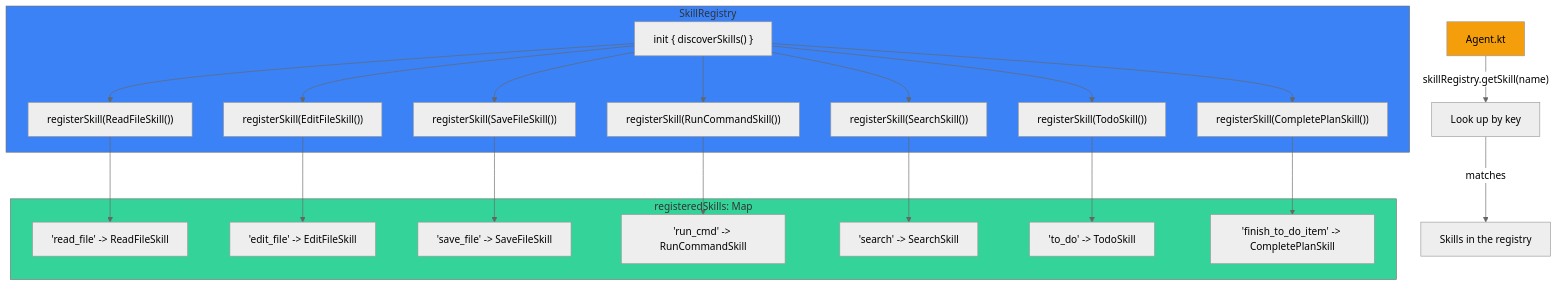
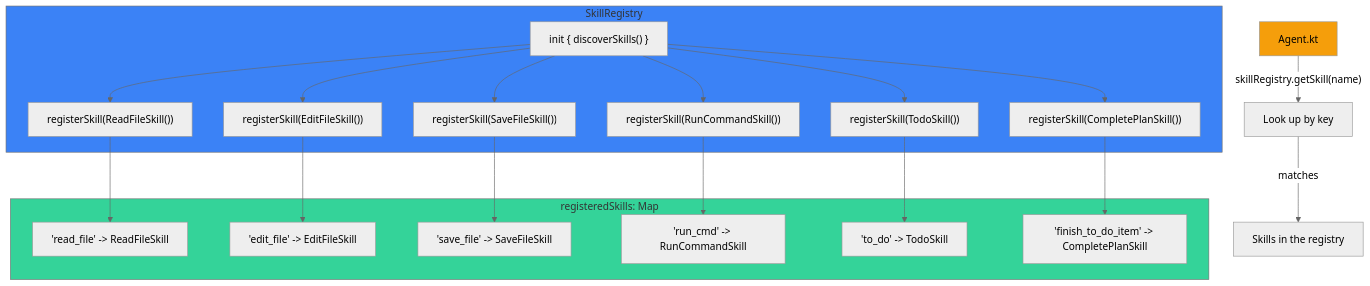
Before and after one commit to lg841226/Gradum: the first of 3 diagrams in docs/PLUGIN_DEVELOPMENT.md, drawn with Mermaid (neutral theme). The commit also changed other lines of this file and 8 other files, not shown here.

First line of the commit message:
refactor: remove SearchSkill, update tool call UI and docs

````diff
--- a/docs/PLUGIN_DEVELOPMENT.md
+++ b/docs/PLUGIN_DEVELOPMENT.md
@@ -21,36 +21,33 @@
 ```mermaid
 flowchart TD
     subgraph Registry["SkillRegistry"]
         Init["init { discoverSkills() }"]
         Init --> R1["registerSkill(ReadFileSkill())"]
         Init --> R2["registerSkill(EditFileSkill())"]
         Init --> R3["registerSkill(SaveFileSkill())"]
         Init --> R4["registerSkill(RunCommandSkill())"]
-        Init --> R5["registerSkill(SearchSkill())"]
-        Init --> R6["registerSkill(TodoSkill())"]
+        Init --> R5["registerSkill(TodoSkill())"]
         Init --> R7["registerSkill(CompletePlanSkill())"]
     end
 
     subgraph Map["registeredSkills: Map<String, Skill>"]
         Key1["'read_file' -> ReadFileSkill"]
         Key2["'edit_file' -> EditFileSkill"]
         Key3["'save_file' -> SaveFileSkill"]
         Key4["'run_cmd' -> RunCommandSkill"]
-        Key5["'search' -> SearchSkill"]
-        Key6["'to_do' -> TodoSkill"]
-        Key7["'finish_to_do_item' -> CompletePlanSkill"]
+        Key5["'to_do' -> TodoSkill"]
+        Key6["'finish_to_do_item' -> CompletePlanSkill"]
     end
 
     R1 --> Key1
     R2 --> Key2
     R3 --> Key3
     R4 --> Key4
     R5 --> Key5
-    R6 --> Key6
-    R7 --> Key7
+    R7 --> Key6
     Agent[Agent.kt] -->|"skillRegistry.getSkill(name)"| SkillLook[Look up by key]
     SkillLook -->|matches| Skills[Skills in the registry]
     style Registry fill:#3b82f6
     style Map fill:#34d399
     style Agent fill:#f59e0b
 ```
````
